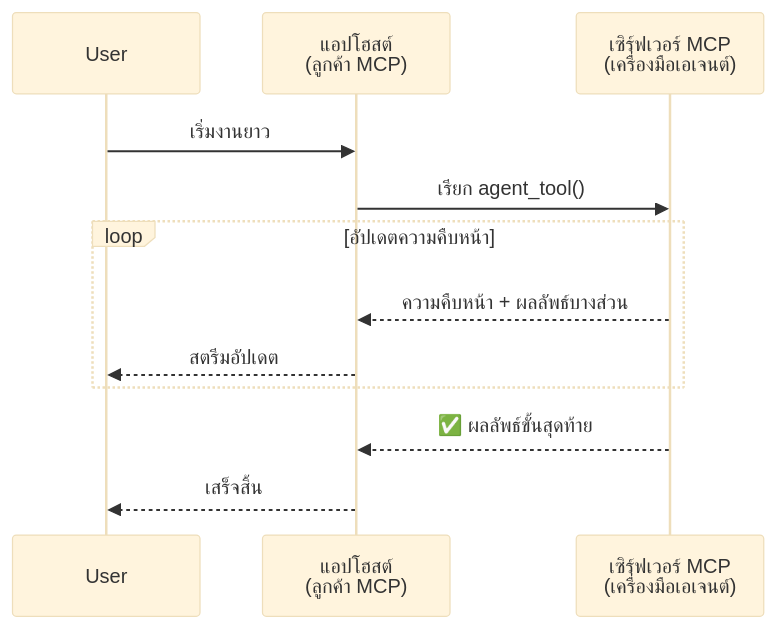
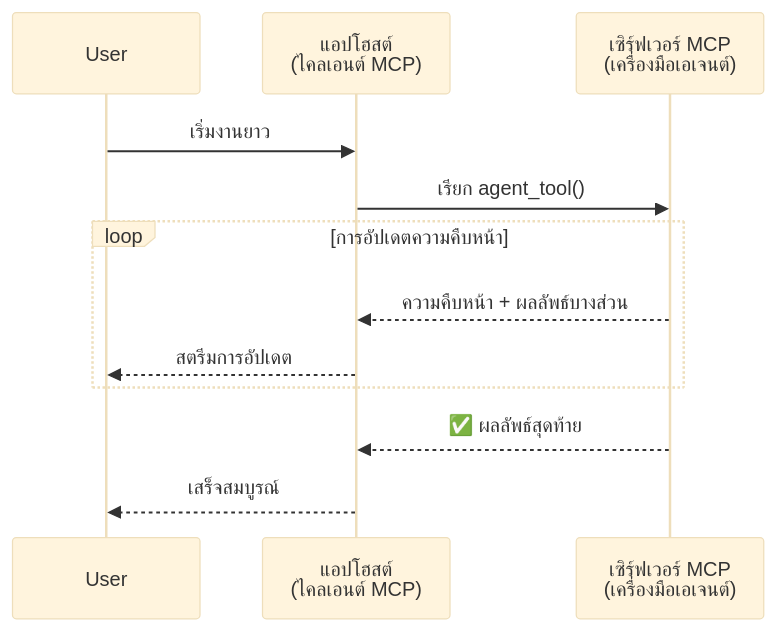
Before and after one commit to gabrielmoreira/agent-skills-mirror: the first of 5 diagrams in mirrors/repos/microsoft@ai-agents-for-beginners/translations/th/11-agentic-protocols/code_samples/mcp-agents/README.md, drawn with Mermaid (base theme). The commit also changed other lines of this file and 4262 other files, not shown here.

````diff
--- a/mirrors/repos/microsoft@ai-agents-for-beginners/translations/th/11-agentic-protocols/code_samples/mcp-agents/README.md
+++ b/mirrors/repos/microsoft@ai-agents-for-beginners/translations/th/11-agentic-protocols/code_samples/mcp-agents/README.md
@@ -46,17 +46,17 @@
 ```mermaid
 sequenceDiagram
     participant User
-    participant Host as แอปโฮสต์<br/>(ลูกค้า MCP)
+    participant Host as แอปโฮสต์<br/>(ไคลเอนต์ MCP)
     participant Server as เซิร์ฟเวอร์ MCP<br/>(เครื่องมือเอเจนต์)
 
     User->>Host: เริ่มงานยาว
     Host->>Server: เรียก agent_tool()
 
-    loop อัปเดตความคืบหน้า
+    loop การอัปเดตความคืบหน้า
         Server-->>Host: ความคืบหน้า + ผลลัพธ์บางส่วน
-        Host-->>User: สตรีมอัปเดต
+        Host-->>User: สตรีมการอัปเดต
     end
 
-    Server-->>Host: ✅ ผลลัพธ์ขั้นสุดท้าย
-    Host-->>User: เสร็จสิ้น
+    Server-->>Host: ✅ ผลลัพธ์สุดท้าย
+    Host-->>User: เสร็จสมบูรณ์
 ```
````
